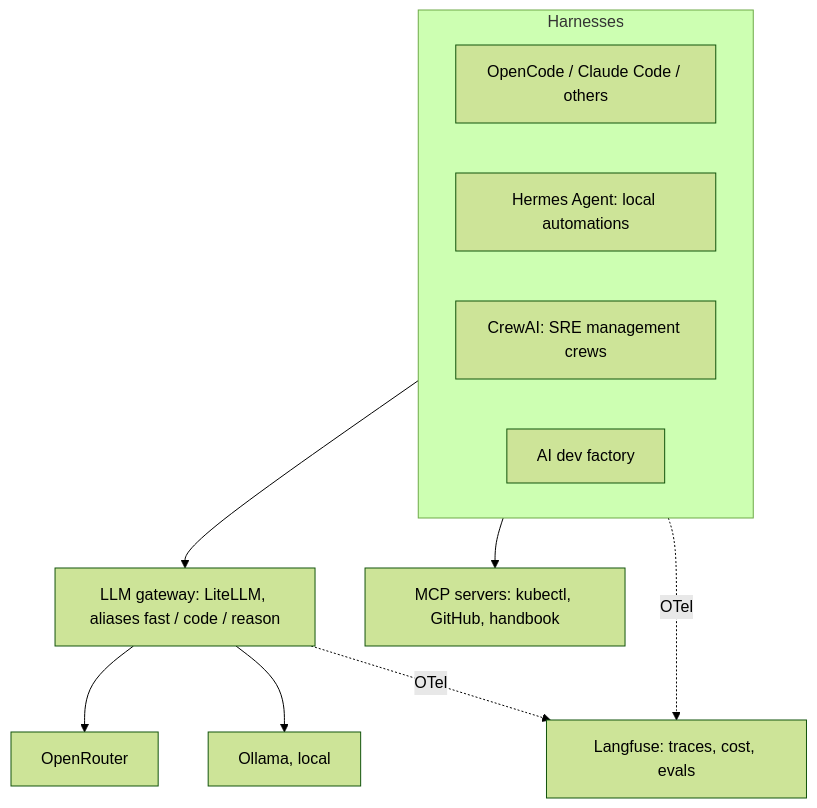
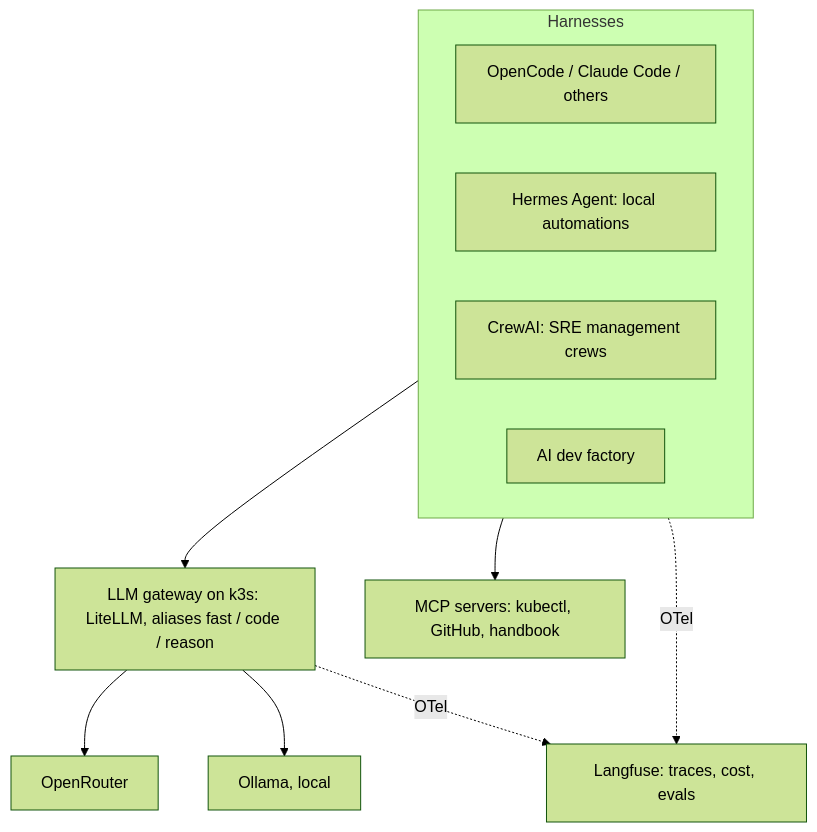
The diagram in docs/domains/ai-stack/index.md (ssaav5-ai-labs/handbook), drawn with Mermaid (forest theme) before and after one commit. The commit also changed other lines of this file and 15 other files, not shown here.

````diff
--- a/docs/domains/ai-stack/index.md
+++ b/docs/domains/ai-stack/index.md
@@ -33,18 +33,18 @@
 ```mermaid
 flowchart TB
   subgraph Harnesses
     OC[OpenCode / Claude Code / others]
     HE[Hermes Agent: local automations]
     CR[CrewAI: SRE management crews]
     FA[AI dev factory]
   end
-  GW[LLM gateway: LiteLLM, aliases fast / code / reason]
+  GW[LLM gateway on k3s: LiteLLM, aliases fast / code / reason]
   OR[OpenRouter]
   LO[Ollama, local]
   OB[Langfuse: traces, cost, evals]
   MCP[MCP servers: kubectl, GitHub, handbook]
   Harnesses --> GW --> OR & LO
   Harnesses --> MCP
   GW -. OTel .-> OB
   Harnesses -. OTel .-> OB
 ```
````
